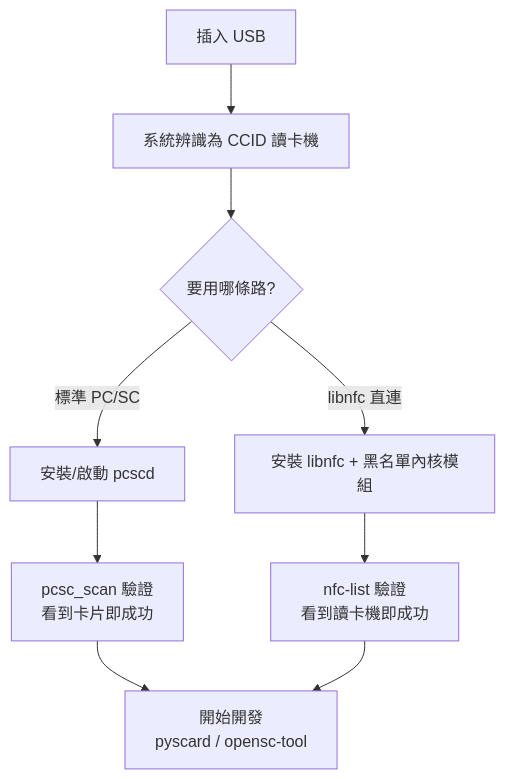
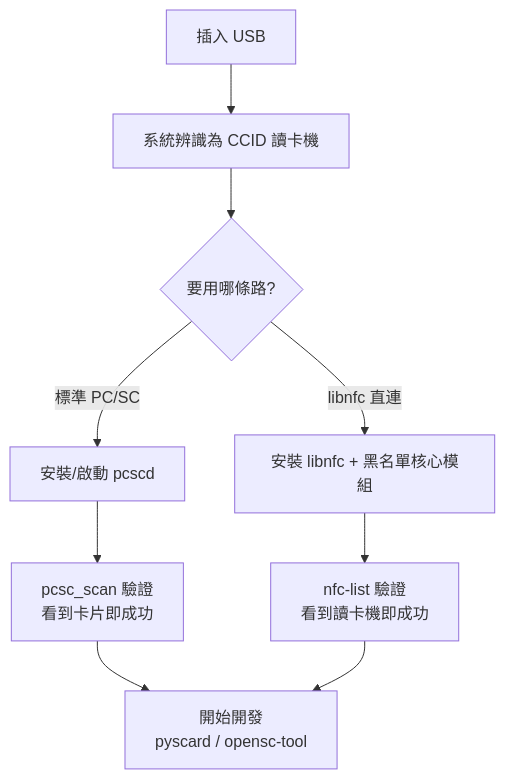
One commit to yopitek/yupitek-wiki changed the diagram in i18n/zh-TW/docusaurus-plugin-content-docs/current/05-acs/products/acr122u/index.md. Above: the diagram before and after it, drawn with Mermaid. The commit also changed other lines of this file and 67 other files, not shown here.

````diff
--- a/i18n/zh-TW/docusaurus-plugin-content-docs/current/05-acs/products/acr122u/index.md
+++ b/i18n/zh-TW/docusaurus-plugin-content-docs/current/05-acs/products/acr122u/index.md
@@ -67,11 +67,11 @@
 ```mermaid
 flowchart TD
     A[插入 USB] --> B[系統辨識為 CCID 讀卡機]
     B --> C{要用哪條路?}
     C -->|標準 PC/SC| D[安裝/啟動 pcscd]
-    C -->|libnfc 直連| E[安裝 libnfc + 黑名單內核模組]
+    C -->|libnfc 直連| E[安裝 libnfc + 黑名單核心模組]
     D --> F[pcsc_scan 驗證<br/>看到卡片即成功]
     E --> G[nfc-list 驗證<br/>看到讀卡機即成功]
     F --> H[開始開發<br/>pyscard / opensc-tool]
     G --> H
 ```
````
